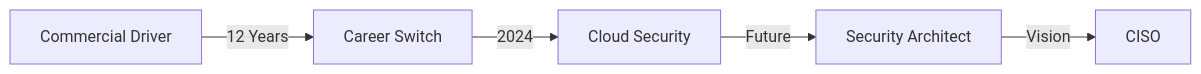
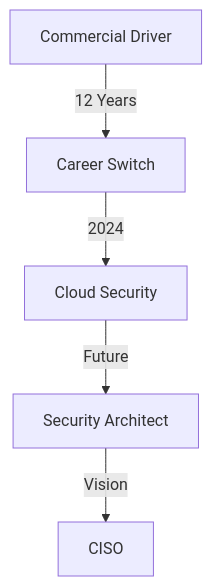
The diagram in README.md (iWreckn/iWreckn), drawn with Mermaid before and after one commit. The commit also changed other lines of this file, not shown here.

````diff
--- a/README.md
+++ b/README.md
@@ -35,7 +35,7 @@
 ```mermaid
-graph LR
+graph
     A[Commercial Driver] -->|12 Years| B[Career Switch]
     B -->|2024| C[Cloud Security]
     C -->|Future| D[Security Architect]
     D -->|Vision| E[CISO]
 ```
````
